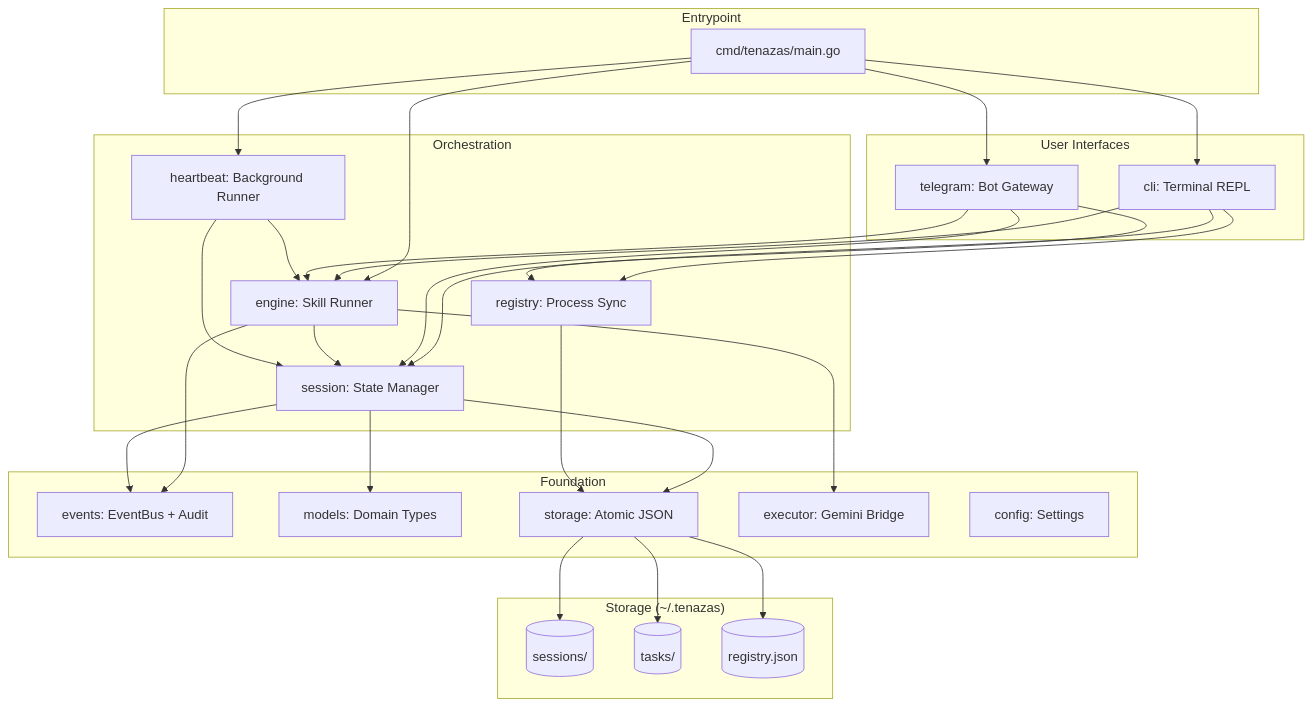
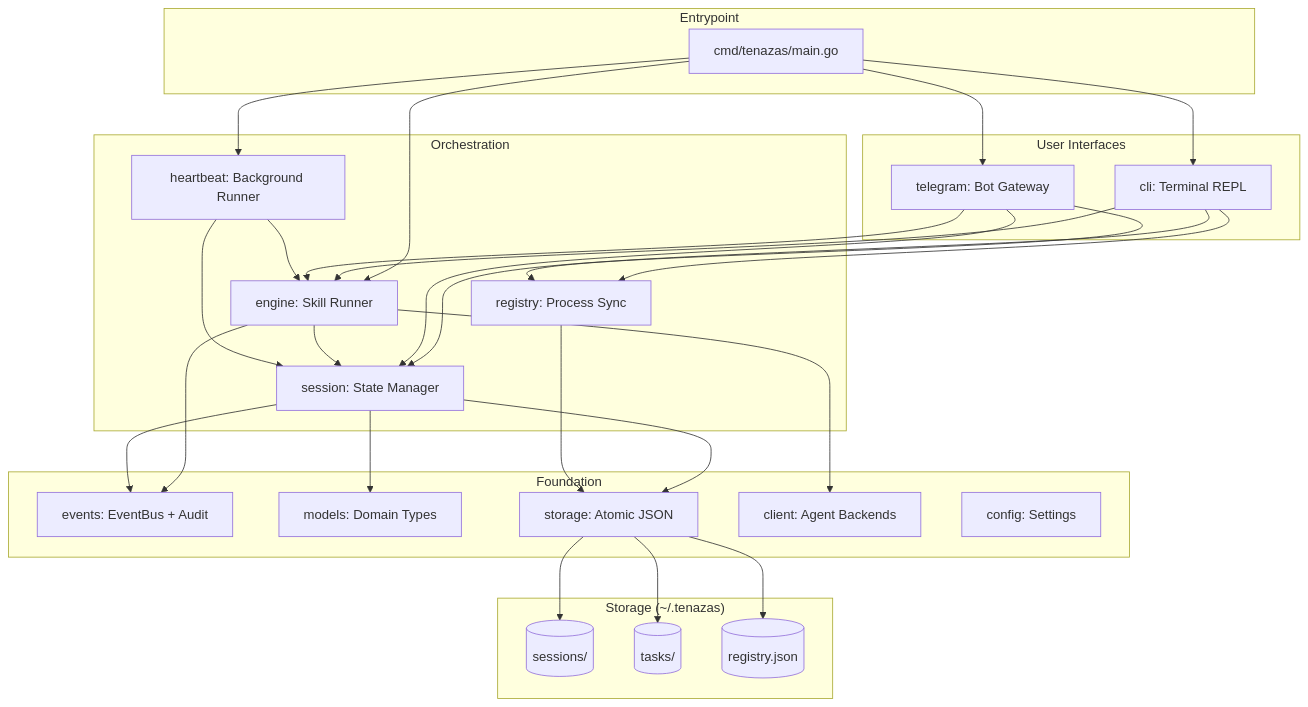
The diagram in AGENTS.md (pabloubal/tenazas), drawn with Mermaid before and after one commit. The commit also changed other lines of this file and 26 other files, not shown here.

````diff
--- a/AGENTS.md
+++ b/AGENTS.md
@@ -41,55 +45,55 @@
 ```mermaid
 graph TD
     subgraph Entrypoint
         Main[cmd/tenazas/main.go]
     end
 
     subgraph Interfaces ["User Interfaces"]
         CLI[cli: Terminal REPL]
         TG[telegram: Bot Gateway]
     end
 
     subgraph Core ["Orchestration"]
         Engine[engine: Skill Runner]
         Session[session: State Manager]
         Registry[registry: Process Sync]
         HB[heartbeat: Background Runner]
     end
 
     subgraph Foundation ["Foundation"]
         Events[events: EventBus + Audit]
         Models[models: Domain Types]
         Storage[storage: Atomic JSON]
-        Executor[executor: Gemini Bridge]
+        Client[client: Agent Backends]
         Config[config: Settings]
     end
 
     subgraph Persistence ["Storage (~/.tenazas)"]
         SessFiles[(sessions/)]
         TaskFiles[(tasks/)]
         RegFile[(registry.json)]
     end
 
     Main --> CLI
     Main --> TG
     Main --> Engine
     Main --> HB
     CLI --> Engine
     CLI --> Session
     CLI --> Registry
     TG --> Engine
     TG --> Session
     TG --> Registry
     Engine --> Session
-    Engine --> Executor
+    Engine --> Client
     Engine --> Events
     HB --> Engine
     HB --> Session
     Session --> Storage
     Session --> Events
     Session --> Models
     Registry --> Storage
     Storage --> SessFiles
     Storage --> TaskFiles
     Storage --> RegFile
 ```
````
